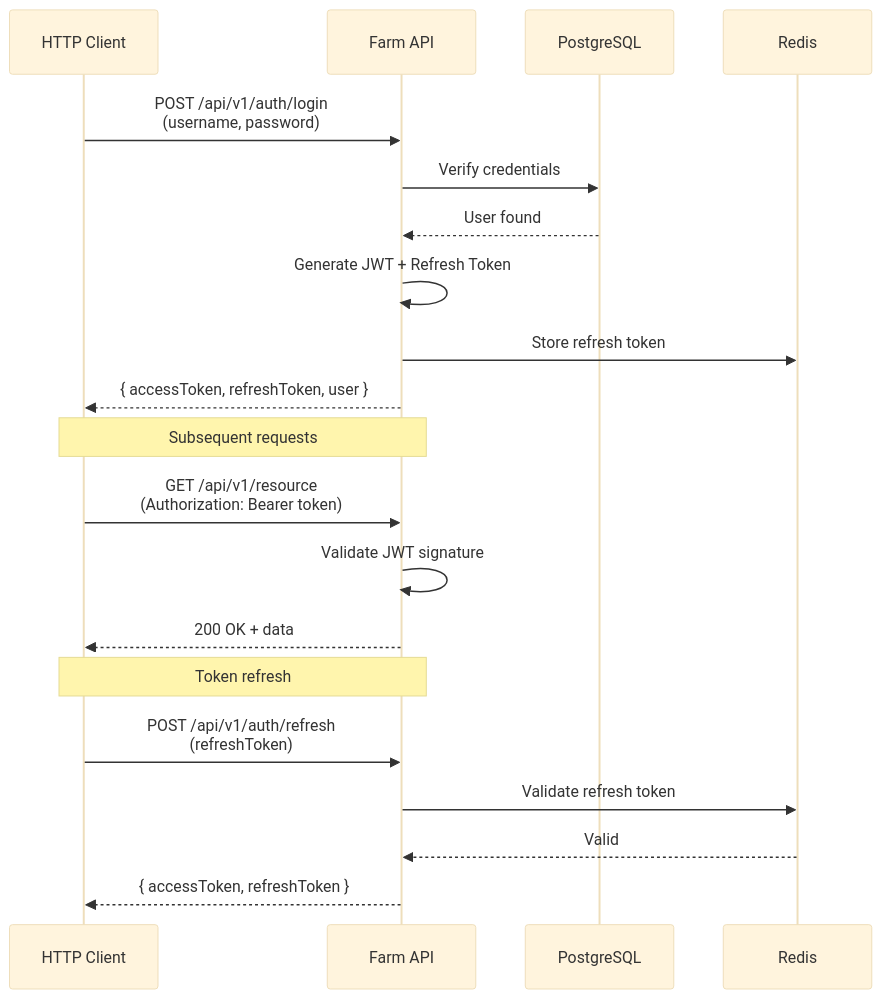
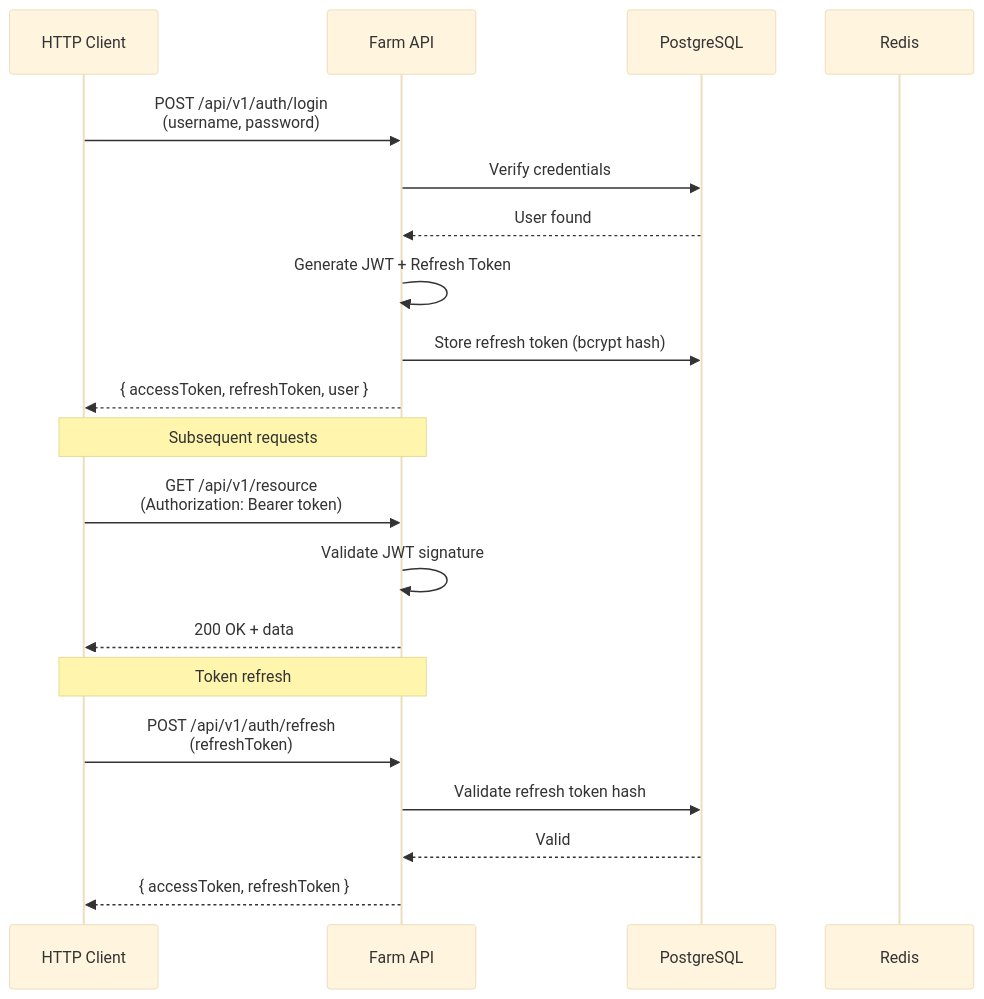
The diagram in docs/user-guide/authentication.md (Ops-Talks/farm), drawn with Mermaid (base theme) before and after one commit. The commit also changed other lines of this file and 71 other files, not shown here.

````diff
--- a/docs/user-guide/authentication.md
+++ b/docs/user-guide/authentication.md
@@ -16,25 +15,25 @@
 ```mermaid
 sequenceDiagram
     participant Client as HTTP Client
     participant API as Farm API
     participant DB as PostgreSQL
     participant Cache as Redis
 
     Client->>API: POST /api/v1/auth/login<br/>(username, password)
     API->>DB: Verify credentials
     DB-->>API: User found
     API->>API: Generate JWT + Refresh Token
-    API->>Cache: Store refresh token
+    API->>DB: Store refresh token (bcrypt hash)
     API-->>Client: { accessToken, refreshToken, user }
 
     Note over Client,API: Subsequent requests
     Client->>API: GET /api/v1/resource<br/>(Authorization: Bearer token)
     API->>API: Validate JWT signature
     API-->>Client: 200 OK + data
 
     Note over Client,API: Token refresh
     Client->>API: POST /api/v1/auth/refresh<br/>(refreshToken)
-    API->>Cache: Validate refresh token
-    Cache-->>API: Valid
+    API->>DB: Validate refresh token hash
+    DB-->>API: Valid
     API-->>Client: { accessToken, refreshToken }
 ```
````
